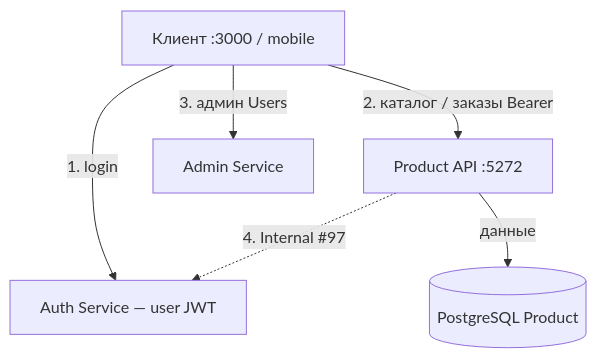
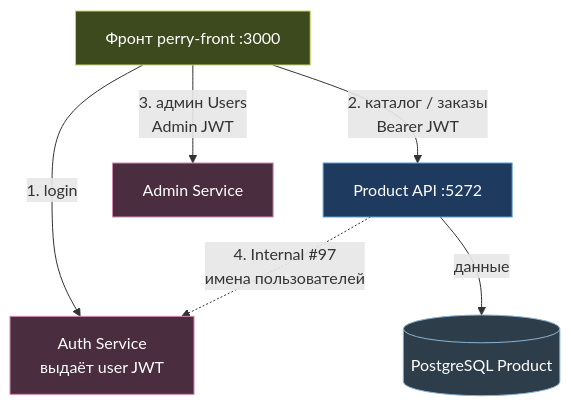
The ninth of 10 diagrams in project_defense/DEFENSE_BACKEND.md (ITSTEP-PERRY/Back_end_for_our_poroject), drawn with Mermaid before and after one commit. The commit also changed other lines of this file and 2 other files, not shown here.

````diff
--- a/project_defense/DEFENSE_BACKEND.md
+++ b/project_defense/DEFENSE_BACKEND.md
@@ -377,9 +431,20 @@
 ```mermaid
 flowchart TB
-  FE["Клиент :3000 / mobile"]
-  FE -->|"1. login"| AUTH["Auth Service — user JWT"]
-  FE -->|"2. каталог / заказы Bearer"| PROD["Product API :5272"]
-  FE -->|"3. админ Users"| ADM["Admin Service"]
+  FE["Фронт perry-front :3000"]
+
+  FE -->|"1. login"| AUTH["Auth Service<br/>выдаёт user JWT"]
+  FE -->|"2. каталог / заказы<br/>Bearer JWT"| PROD["Product API :5272"]
+  FE -->|"3. админ Users<br/>Admin JWT"| ADM["Admin Service"]
+
   PROD -->|"данные"| PG[("PostgreSQL Product")]
-  PROD -.->|"4. Internal #97"| AUTH
+  PROD -.->|"4. Internal #97<br/>имена пользователей"| AUTH
+
+  classDef f fill:#3d4a1e,stroke:#c9d56a,color:#fff
+  classDef e fill:#4a2d3e,stroke:#d48ab0,color:#fff
+  classDef p fill:#1e3a5f,stroke:#5b9fd4,color:#fff
+  classDef d fill:#2d3e4a,stroke:#8ab4d4,color:#fff
+  class FE f
+  class AUTH,ADM e
+  class PROD p
+  class PG d
 ```
````
